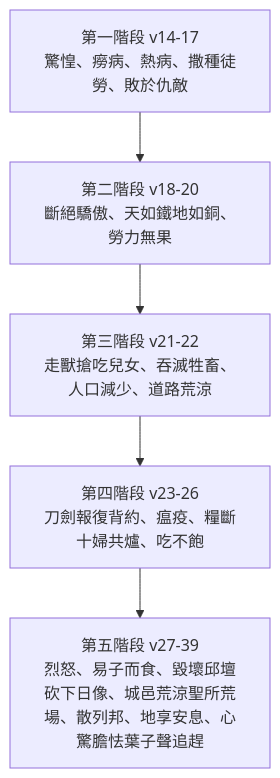
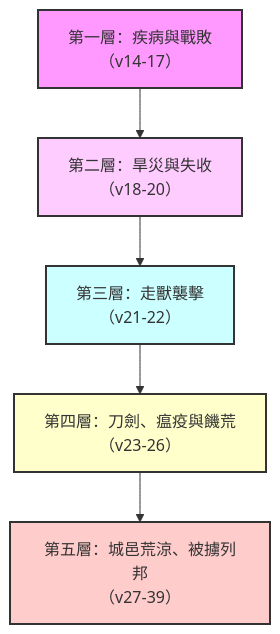
Before and after one commit to andyjr5566/Bible_wiki_zh_website: the diagram in content/03 利未記/第26章.md, drawn with Mermaid. The commit also changed other lines of this file and 2313 other files, not shown here.

````diff
--- a/content/03 利未記/第26章.md
+++ b/content/03 利未記/第26章.md
@@ -96,7 +125,13 @@
 ```mermaid
 flowchart TD
-  A["第一階段 v14-17<br>驚惶、癆病、熱病、撒種徒勞、敗於仇敵"] --> B["第二階段 v18-20<br>斷絕驕傲、天如鐵地如銅、勞力無果"]
-  B --> C["第三階段 v21-22<br>走獸搶吃兒女、吞滅牲畜、人口減少、道路荒涼"]
-  C --> D["第四階段 v23-26<br>刀劍報復背約、瘟疫、糧斷十婦共爐、吃不飽"]
-  D --> E["第五階段 v27-39<br>烈怒、易子而食、毀壞邱壇砍下日像、城邑荒涼聖所荒場、散列邦、地享安息、心驚膽怯葉子聲追趕"]
+    A["第一層：疾病與戰敗<br>（v14-17）"] --> B["第二層：旱災與失收<br>（v18-20）"]
+    B --> C["第三層：走獸襲擊<br>（v21-22）"]
+    C --> D["第四層：刀劍、瘟疫與饑荒<br>（v23-26）"]
+    D --> E["第五層：城邑荒涼、被擄列邦<br>（v27-39）"]
+    
+    style A fill:#f9f,stroke:#333,stroke-width:2px
+    style B fill:#fcf,stroke:#333,stroke-width:2px
+    style C fill:#cff,stroke:#333,stroke-width:2px
+    style D fill:#ffc,stroke:#333,stroke-width:2px
+    style E fill:#fcc,stroke:#333,stroke-width:2px
 ```
````
